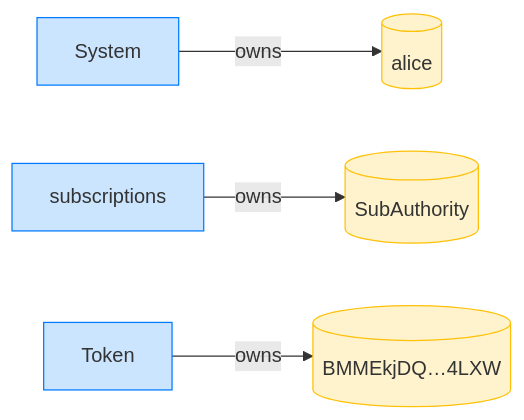
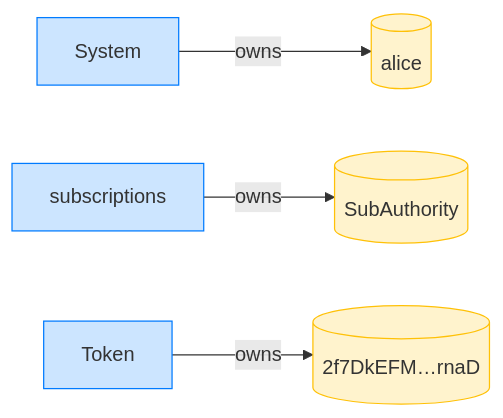
The fourth of 24 diagrams in dsl_tests/closing-the-authority-blocks-all-delegations.md (cds-rs/subscriptions), drawn with Mermaid before and after one commit. The commit also changed other lines of this file and 224 other files, not shown here.

````diff
--- a/dsl_tests/closing-the-authority-blocks-all-delegations.md
+++ b/dsl_tests/closing-the-authority-blocks-all-delegations.md
@@ -73,14 +78,14 @@
 ```mermaid
 flowchart LR
     classDef owner fill:#cce5ff,stroke:#007bff;
     classDef account fill:#fff3cd,stroke:#ffc107;
     System[System]:::owner
     alice[(alice)]:::account
     subscriptions[subscriptions]:::owner
     SubAuthority[(SubAuthority)]:::account
     Token[Token]:::owner
-    BMMEkjDQ_4LXW[("BMMEkjDQ…4LXW")]:::account
+    2f7DkEFM_rnaD[("2f7DkEFM…rnaD")]:::account
     System -->|owns| alice
     subscriptions -->|owns| SubAuthority
-    Token -->|owns| BMMEkjDQ_4LXW
+    Token -->|owns| 2f7DkEFM_rnaD
 ```
````
